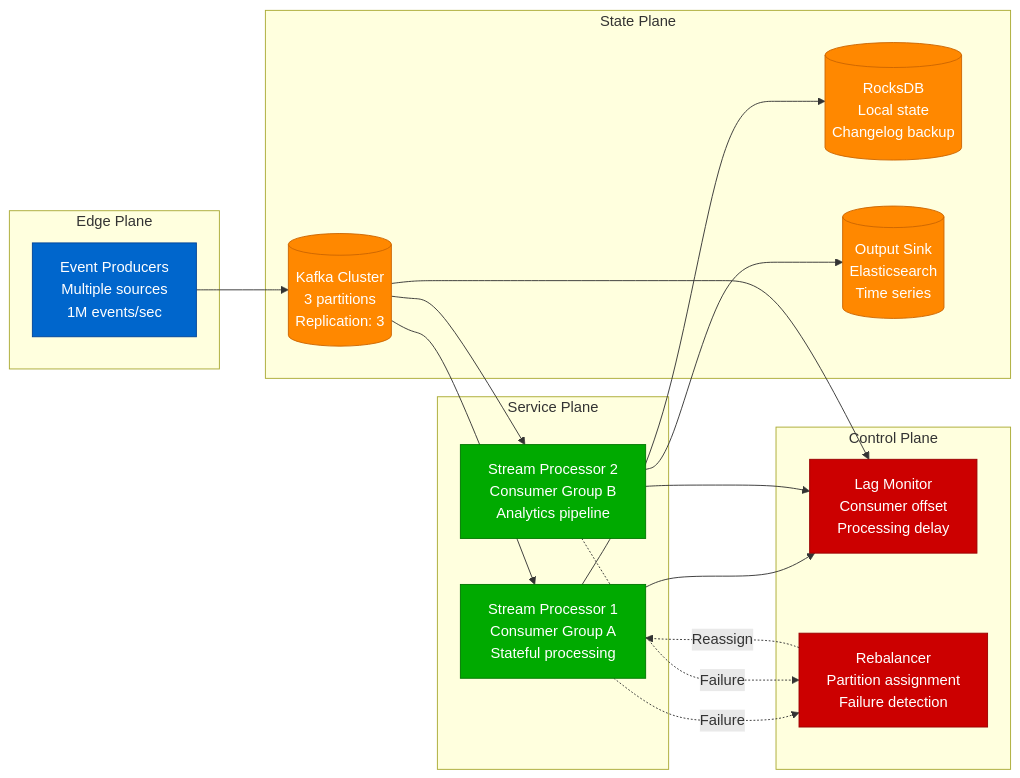
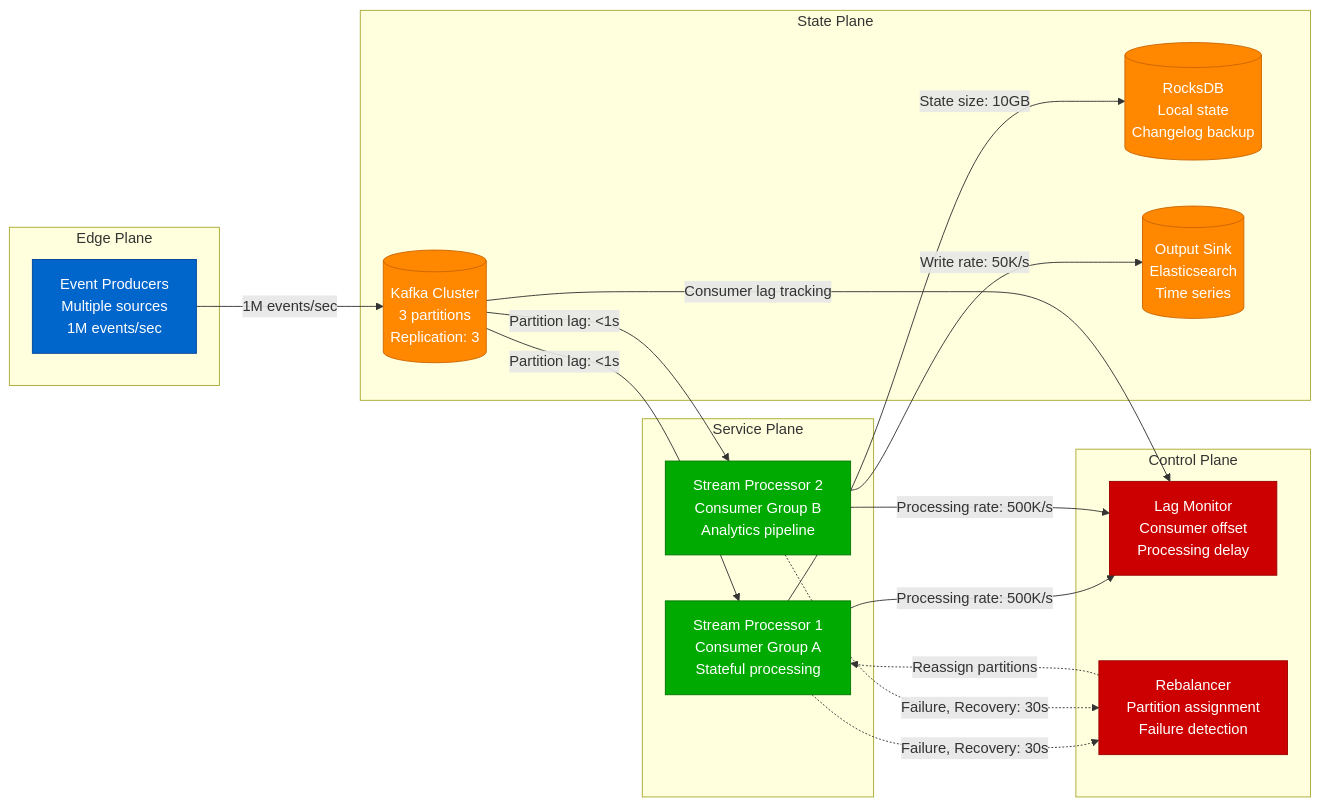
The sixth of 12 diagrams in site/docs/patterns/micro-patterns.md (deepaucksharma/DS), drawn with Mermaid before and after one commit. The commit also changed other lines of this file and 108 other files, not shown here.

````diff
--- a/site/docs/patterns/micro-patterns.md
+++ b/site/docs/patterns/micro-patterns.md
@@ -383,51 +383,51 @@
 ```mermaid
 graph LR
     subgraph EdgePlane[Edge Plane]
         PRODUCER[Event Producers<br/>Multiple sources<br/>1M events/sec]
     end
 
     subgraph ServicePlane[Service Plane]
         PROCESSOR1[Stream Processor 1<br/>Consumer Group A<br/>Stateful processing]
         PROCESSOR2[Stream Processor 2<br/>Consumer Group B<br/>Analytics pipeline]
     end
 
     subgraph StatePlane[State Plane]
         KAFKA[(Kafka Cluster<br/>3 partitions<br/>Replication: 3)]
         STATE_STORE[(RocksDB<br/>Local state<br/>Changelog backup)]
         SINK[(Output Sink<br/>Elasticsearch<br/>Time series)]
     end
 
     subgraph ControlPlane[Control Plane]
         LAG_MON[Lag Monitor<br/>Consumer offset<br/>Processing delay]
         REBALANCE[Rebalancer<br/>Partition assignment<br/>Failure detection]
     end
 
     %% Data flow
-    PRODUCER --> KAFKA
-    KAFKA --> PROCESSOR1
-    KAFKA --> PROCESSOR2
+    PRODUCER -->|1M events/sec| KAFKA
+    KAFKA -->|Partition lag: <1s| PROCESSOR1
+    KAFKA -->|Partition lag: <1s| PROCESSOR2
 
     %% State management
-    PROCESSOR1 --> STATE_STORE
-    PROCESSOR2 --> SINK
+    PROCESSOR1 -->|State size: 10GB| STATE_STORE
+    PROCESSOR2 -->|Write rate: 50K/s| SINK
 
     %% Failure handling
-    PROCESSOR1 -.->|Failure| REBALANCE
-    PROCESSOR2 -.->|Failure| REBALANCE
-    REBALANCE -.->|Reassign| PROCESSOR1
+    PROCESSOR1 -.->|Failure, Recovery: 30s| REBALANCE
+    PROCESSOR2 -.->|Failure, Recovery: 30s| REBALANCE
+    REBALANCE -.->|Reassign partitions| PROCESSOR1
 
     %% Monitoring
-    KAFKA --> LAG_MON
-    PROCESSOR1 --> LAG_MON
-    PROCESSOR2 --> LAG_MON
+    KAFKA -->|Consumer lag tracking| LAG_MON
+    PROCESSOR1 -->|Processing rate: 500K/s| LAG_MON
+    PROCESSOR2 -->|Processing rate: 500K/s| LAG_MON
 
     classDef edgeStyle fill:#0066CC,stroke:#004499,color:#fff
     classDef serviceStyle fill:#00AA00,stroke:#007700,color:#fff
     classDef stateStyle fill:#FF8800,stroke:#CC6600,color:#fff
     classDef controlStyle fill:#CC0000,stroke:#990000,color:#fff
 
     class PRODUCER edgeStyle
     class PROCESSOR1,PROCESSOR2 serviceStyle
     class KAFKA,STATE_STORE,SINK stateStyle
     class LAG_MON,REBALANCE controlStyle
 ```
````
